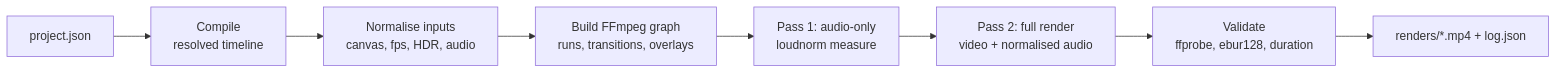
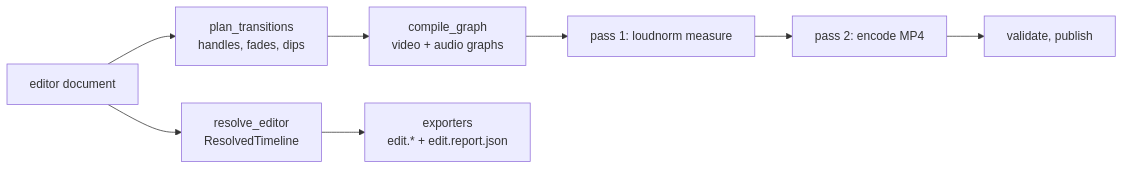
One commit to VincentGuigui/video-flow changed the diagram in docs/architecture/render-export.md. Above: the diagram before and after it, drawn with Mermaid. The commit also changed other lines of this file and 4 other files, not shown here.

Commit message:
DOC: rewrite render and export architecture to match the implementation

````diff
--- a/docs/architecture/render-export.md
+++ b/docs/architecture/render-export.md
@@ -5,10 +5,10 @@
 ```mermaid
 flowchart LR
-  P[project.json] --> C[Compile<br/>resolved timeline]
-  C --> N[Normalise inputs<br/>canvas, fps, HDR, audio]
-  N --> G[Build FFmpeg graph<br/>runs, transitions, overlays]
-  G --> L1[Pass 1: audio-only<br/>loudnorm measure]
-  L1 --> R[Pass 2: full render<br/>video + normalised audio]
-  R --> V[Validate<br/>ffprobe, ebur128, duration]
-  V --> O[renders/*.mp4 + log.json]
+  D[editor document] --> P[plan_transitions<br/>handles, fades, dips]
+  P --> G[compile_graph<br/>video + audio graphs]
+  G --> L[pass 1: loudnorm measure]
+  L --> E[pass 2: encode MP4]
+  E --> V[validate, publish]
+  D --> R[resolve_editor<br/>ResolvedTimeline]
+  R --> X[exporters<br/>edit.* + edit.report.json]
 ```
````
